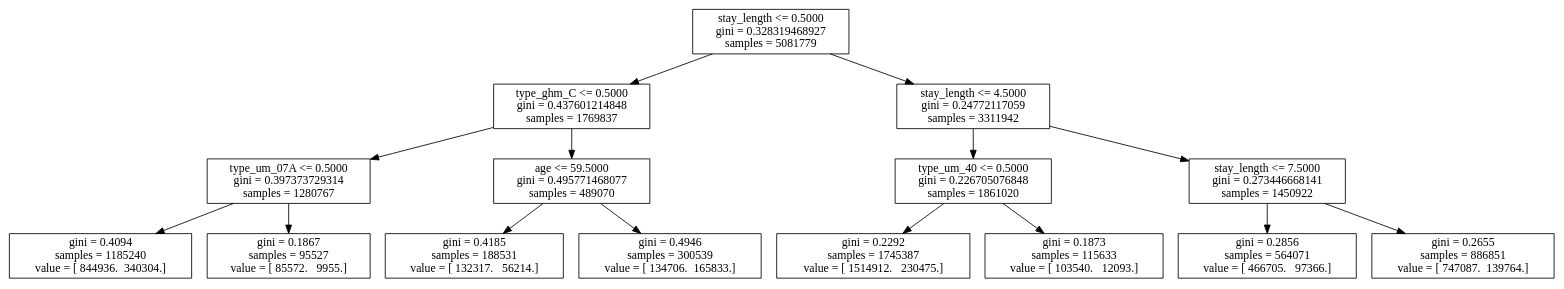
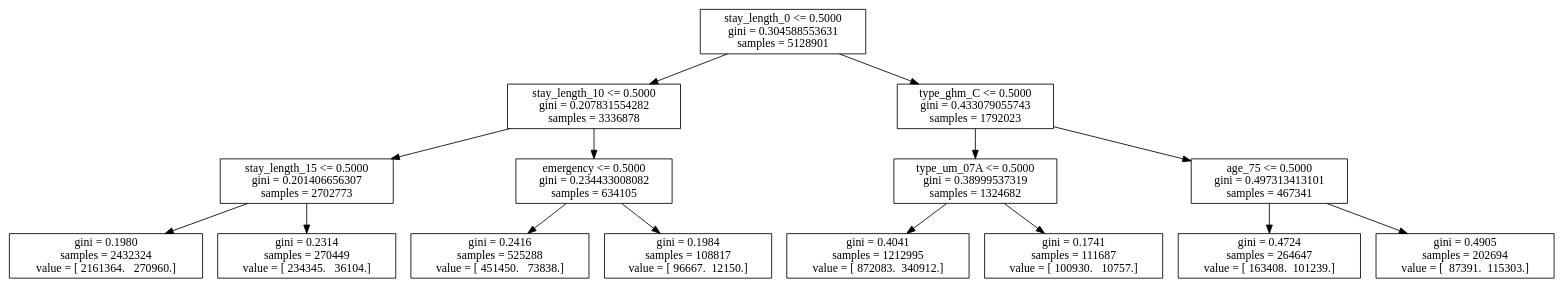
Before and after one commit to Banaei/ces-ds: the diagram in projet_ds/results/dtc.dot, drawn with Graphviz. The commit also changed 9 other files, not shown here.

```diff
--- a/projet_ds/results/dtc.dot
+++ b/projet_ds/results/dtc.dot
@@ -1,31 +1,31 @@
 digraph Tree {
-0 [label="stay_length <= 0.5000\ngini = 0.328319468927\nsamples = 5081779", shape="box"] ;
-1 [label="type_ghm_C <= 0.5000\ngini = 0.437601214848\nsamples = 1769837", shape="box"] ;
+0 [label="stay_length_0 <= 0.5000\ngini = 0.304588553631\nsamples = 5128901", shape="box"] ;
+1 [label="stay_length_10 <= 0.5000\ngini = 0.207831554282\nsamples = 3336878", shape="box"] ;
 0 -> 1 ;
-2 [label="type_um_07A <= 0.5000\ngini = 0.397373729314\nsamples = 1280767", shape="box"] ;
+2 [label="stay_length_15 <= 0.5000\ngini = 0.201406656307\nsamples = 2702773", shape="box"] ;
 1 -> 2 ;
-3 [label="gini = 0.4094\nsamples = 1185240\nvalue = [ 844936.  340304.]", shape="box"] ;
+3 [label="gini = 0.1980\nsamples = 2432324\nvalue = [ 2161364.   270960.]", shape="box"] ;
 2 -> 3 ;
-4 [label="gini = 0.1867\nsamples = 95527\nvalue = [ 85572.   9955.]", shape="box"] ;
+4 [label="gini = 0.2314\nsamples = 270449\nvalue = [ 234345.   36104.]", shape="box"] ;
 2 -> 4 ;
-5 [label="age <= 59.5000\ngini = 0.495771468077\nsamples = 489070", shape="box"] ;
+5 [label="emergency <= 0.5000\ngini = 0.234433008082\nsamples = 634105", shape="box"] ;
 1 -> 5 ;
-6 [label="gini = 0.4185\nsamples = 188531\nvalue = [ 132317.   56214.]", shape="box"] ;
+6 [label="gini = 0.2416\nsamples = 525288\nvalue = [ 451450.   73838.]", shape="box"] ;
 5 -> 6 ;
-7 [label="gini = 0.4946\nsamples = 300539\nvalue = [ 134706.  165833.]", shape="box"] ;
+7 [label="gini = 0.1984\nsamples = 108817\nvalue = [ 96667.  12150.]", shape="box"] ;
 5 -> 7 ;
-8 [label="stay_length <= 4.5000\ngini = 0.24772117059\nsamples = 3311942", shape="box"] ;
+8 [label="type_ghm_C <= 0.5000\ngini = 0.433079055743\nsamples = 1792023", shape="box"] ;
 0 -> 8 ;
-9 [label="type_um_40 <= 0.5000\ngini = 0.226705076848\nsamples = 1861020", shape="box"] ;
+9 [label="type_um_07A <= 0.5000\ngini = 0.38999537319\nsamples = 1324682", shape="box"] ;
 8 -> 9 ;
-10 [label="gini = 0.2292\nsamples = 1745387\nvalue = [ 1514912.   230475.]", shape="box"] ;
+10 [label="gini = 0.4041\nsamples = 1212995\nvalue = [ 872083.  340912.]", shape="box"] ;
 9 -> 10 ;
-11 [label="gini = 0.1873\nsamples = 115633\nvalue = [ 103540.   12093.]", shape="box"] ;
+11 [label="gini = 0.1741\nsamples = 111687\nvalue = [ 100930.   10757.]", shape="box"] ;
 9 -> 11 ;
-12 [label="stay_length <= 7.5000\ngini = 0.273446668141\nsamples = 1450922", shape="box"] ;
+12 [label="age_75 <= 0.5000\ngini = 0.497313413101\nsamples = 467341", shape="box"] ;
 8 -> 12 ;
-13 [label="gini = 0.2856\nsamples = 564071\nvalue = [ 466705.   97366.]", shape="box"] ;
+13 [label="gini = 0.4724\nsamples = 264647\nvalue = [ 163408.  101239.]", shape="box"] ;
 12 -> 13 ;
-14 [label="gini = 0.2655\nsamples = 886851\nvalue = [ 747087.  139764.]", shape="box"] ;
+14 [label="gini = 0.4905\nsamples = 202694\nvalue = [  87391.  115303.]", shape="box"] ;
 12 -> 14 ;
 }
```
